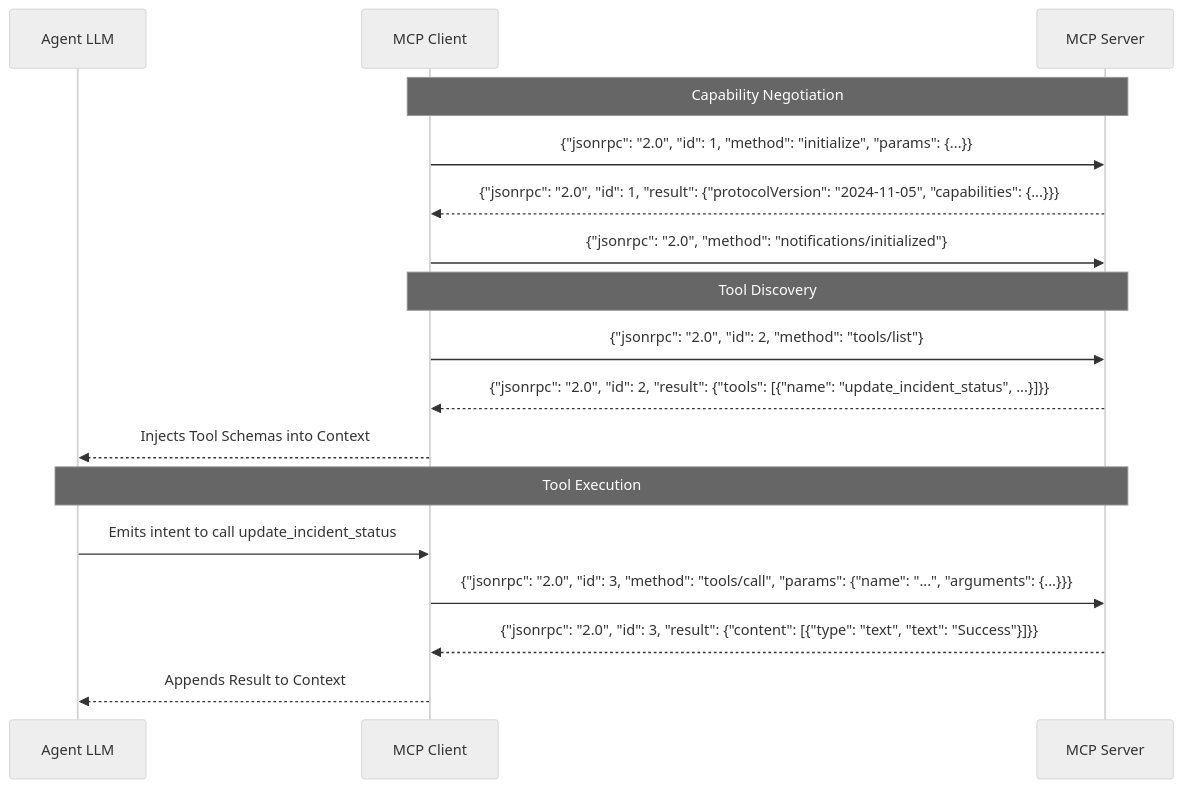
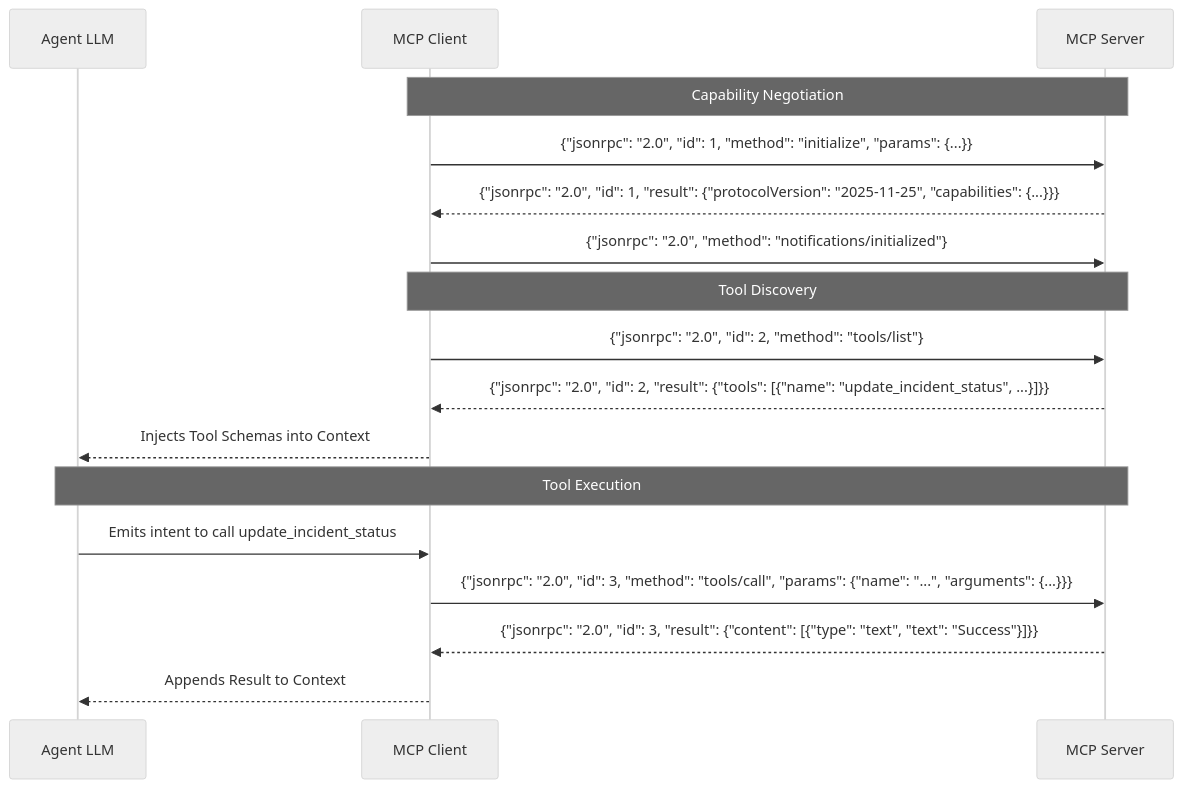
Before and after one commit to krisztiankoos/kubedojo: the second of 2 diagrams in src/content/docs/ai-ml-engineering/frameworks-agents/module-1.8-model-context-protocol.md, drawn with Mermaid (neutral theme). The commit also changed other lines of this file, not shown here.

Commit message:
chore(quality): v1 pipeline pass [ai-ml-engineering/frameworks-agents/module-1.8-model-context-protocol] (all binary checks passed reviewer=gemini)

````diff
--- a/src/content/docs/ai-ml-engineering/frameworks-agents/module-1.8-model-context-protocol.md
+++ b/src/content/docs/ai-ml-engineering/frameworks-agents/module-1.8-model-context-protocol.md
@@ -325,22 +326,22 @@
 ```mermaid
 sequenceDiagram
     participant LLM as Agent LLM
     participant Client as MCP Client
     participant Server as MCP Server
 
     Note over Client,Server: Capability Negotiation
     Client->>Server: {"jsonrpc": "2.0", "id": 1, "method": "initialize", "params": {...}}
-    Server-->>Client: {"jsonrpc": "2.0", "id": 1, "result": {"protocolVersion": "2024-11-05", "capabilities": {...}}}
+    Server-->>Client: {"jsonrpc": "2.0", "id": 1, "result": {"protocolVersion": "2025-11-25", "capabilities": {...}}}
     Client->>Server: {"jsonrpc": "2.0", "method": "notifications/initialized"}
 
     Note over Client,Server: Tool Discovery
     Client->>Server: {"jsonrpc": "2.0", "id": 2, "method": "tools/list"}
     Server-->>Client: {"jsonrpc": "2.0", "id": 2, "result": {"tools": [{"name": "update_incident_status", ...}]}}
     Client-->>LLM: Injects Tool Schemas into Context
 
     Note over LLM,Server: Tool Execution
     LLM->>Client: Emits intent to call update_incident_status
     Client->>Server: {"jsonrpc": "2.0", "id": 3, "method": "tools/call", "params": {"name": "...", "arguments": {...}}}
     Server-->>Client: {"jsonrpc": "2.0", "id": 3, "result": {"content": [{"type": "text", "text": "Success"}]}}
     Client-->>LLM: Appends Result to Context
 ```
````
